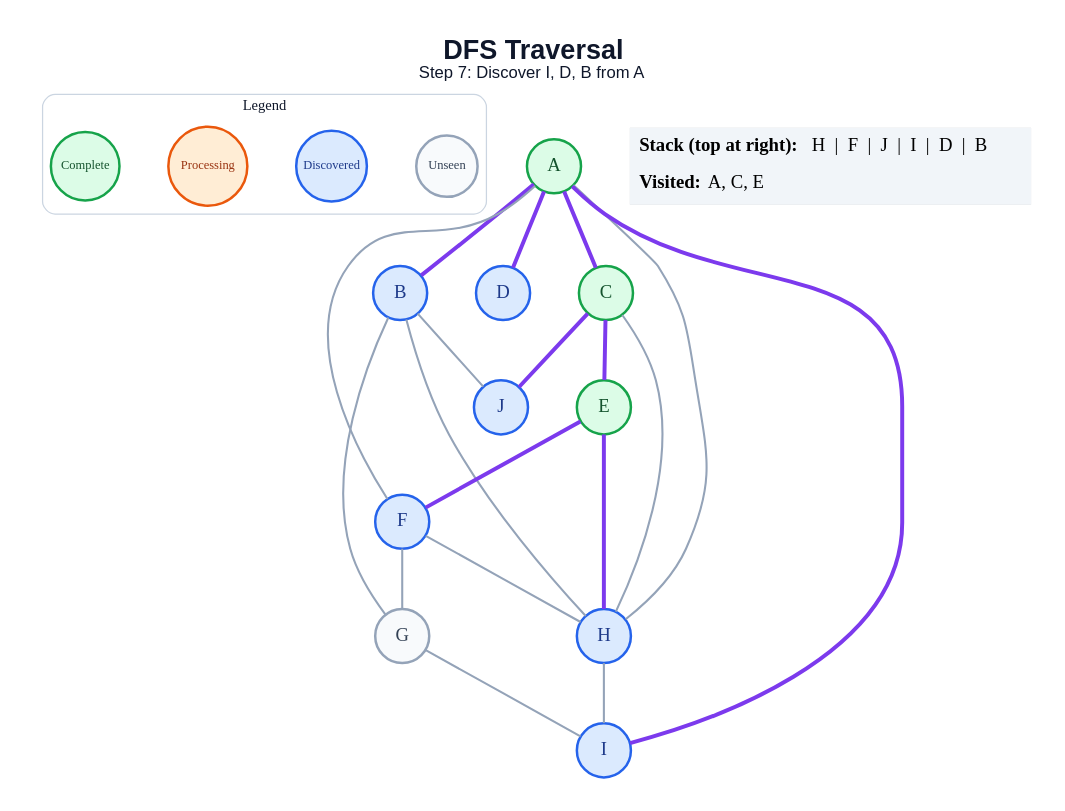
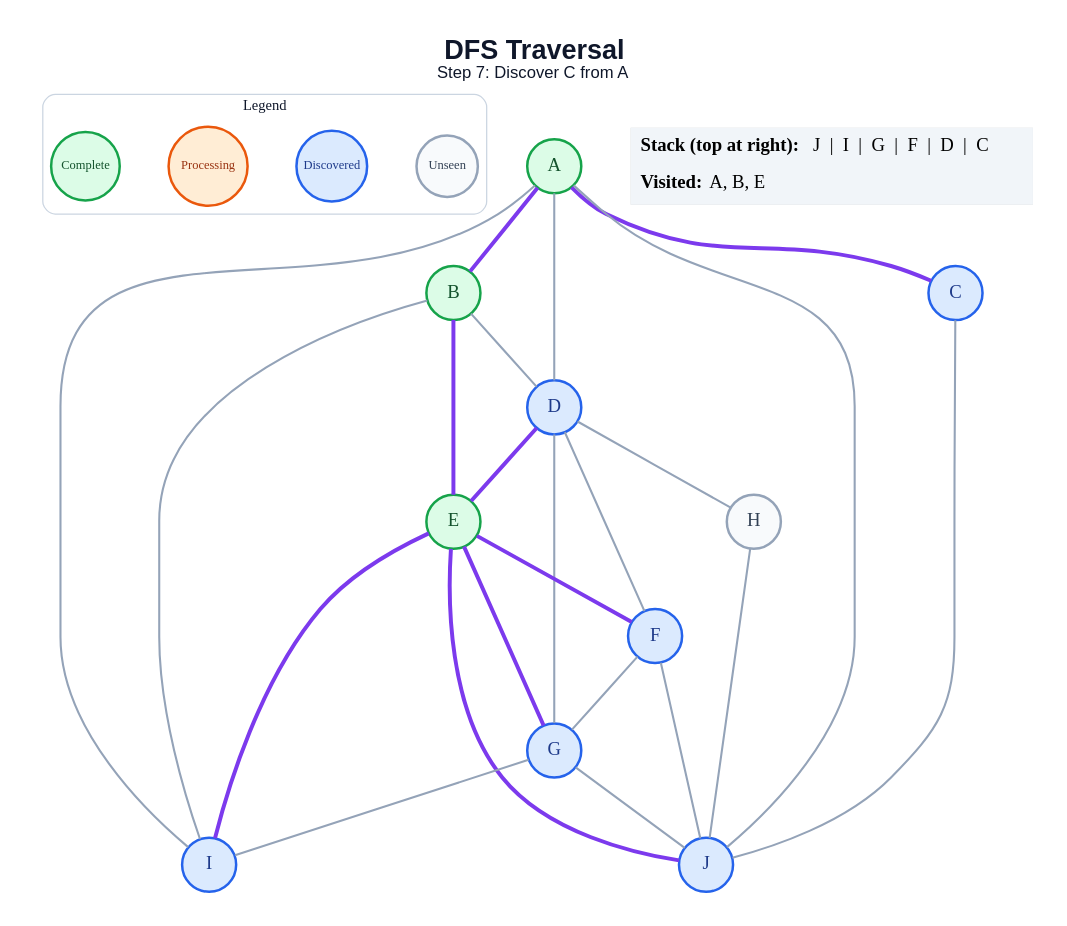
One commit to amanghodawala9/ai-slop changed the diagram in generated/specific-node/dfs/step_07.dot. Above: the diagram before and after it, drawn with Graphviz. The commit also changed 178 other files, not shown here.

```diff
--- a/generated/specific-node/dfs/step_07.dot
+++ b/generated/specific-node/dfs/step_07.dot
@@ -1,47 +1,51 @@
 graph traversal {
   graph [layout=dot, rankdir=TB, bgcolor="#FFFFFF", pad="0.35", nodesep="0.65", ranksep="0.8", fontname="Arial"];
   node [shape=circle, style="filled", fontname="Arial Bold", fontsize=18, width=0.72, fixedsize=true, penwidth=2.4];
   edge [color="#94A3B8", penwidth=2.0];
-  label=<<B>DFS Traversal</B><BR/><FONT POINT-SIZE="16">Step 7: Discover I, D, B from A</FONT>>; labelloc="t"; fontsize=26; fontname="Arial"; fontcolor="#0F172A";
+  label=<<B>DFS Traversal</B><BR/><FONT POINT-SIZE="16">Step 7: Discover C from A</FONT>>; labelloc="t"; fontsize=26; fontname="Arial"; fontcolor="#0F172A";
   subgraph cluster_legend { label="Legend"; color="#CBD5E1"; penwidth=1.2; style="rounded"; fontsize=14; fontname="Arial Bold";
     key_unseen [label="Unseen", fillcolor="#F8FAFC", color="#94A3B8", fontcolor="#334155", fontsize=12, width=0.82];
     key_frontier [label="Discovered", fillcolor="#DBEAFE", color="#2563EB", fontcolor="#1E3A8A", fontsize=12, width=0.95];
     key_current [label="Processing", fillcolor="#FFEDD5", color="#EA580C", fontcolor="#9A3412", fontsize=12, width=1.05];
     key_done [label="Complete", fillcolor="#DCFCE7", color="#16A34A", fontcolor="#14532D", fontsize=12, width=0.92];
     { rank=same; key_unseen; key_frontier; key_current; key_done; }
   }
   A [fillcolor="#DCFCE7", color="#16A34A", fontcolor="#14532D"];
-  B [fillcolor="#DBEAFE", color="#2563EB", fontcolor="#1E3A8A"];
-  C [fillcolor="#DCFCE7", color="#16A34A", fontcolor="#14532D"];
+  B [fillcolor="#DCFCE7", color="#16A34A", fontcolor="#14532D"];
+  C [fillcolor="#DBEAFE", color="#2563EB", fontcolor="#1E3A8A"];
   D [fillcolor="#DBEAFE", color="#2563EB", fontcolor="#1E3A8A"];
   E [fillcolor="#DCFCE7", color="#16A34A", fontcolor="#14532D"];
   F [fillcolor="#DBEAFE", color="#2563EB", fontcolor="#1E3A8A"];
-  G [fillcolor="#F8FAFC", color="#94A3B8", fontcolor="#334155"];
-  H [fillcolor="#DBEAFE", color="#2563EB", fontcolor="#1E3A8A"];
+  G [fillcolor="#DBEAFE", color="#2563EB", fontcolor="#1E3A8A"];
+  H [fillcolor="#F8FAFC", color="#94A3B8", fontcolor="#334155"];
   I [fillcolor="#DBEAFE", color="#2563EB", fontcolor="#1E3A8A"];
   J [fillcolor="#DBEAFE", color="#2563EB", fontcolor="#1E3A8A"];
   A -- B [color="#7C3AED", penwidth=3.8];
   A -- C [color="#7C3AED", penwidth=3.8];
-  A -- D [color="#7C3AED", penwidth=3.8];
-  A -- F;
-  A -- H;
-  A -- I [color="#7C3AED", penwidth=3.8];
-  B -- G;
-  B -- H;
-  B -- J;
-  C -- E [color="#7C3AED", penwidth=3.8];
-  C -- H;
-  C -- J [color="#7C3AED", penwidth=3.8];
+  A -- D;
+  A -- I;
+  A -- J;
+  B -- D;
+  B -- E [color="#7C3AED", penwidth=3.8];
+  B -- I;
+  C -- J;
+  D -- E [color="#7C3AED", penwidth=3.8];
+  D -- F;
+  D -- G;
+  D -- H;
   E -- F [color="#7C3AED", penwidth=3.8];
-  E -- H [color="#7C3AED", penwidth=3.8];
+  E -- G [color="#7C3AED", penwidth=3.8];
+  E -- I [color="#7C3AED", penwidth=3.8];
+  E -- J [color="#7C3AED", penwidth=3.8];
   F -- G;
-  F -- H;
+  F -- J;
   G -- I;
-  H -- I;
+  G -- J;
+  H -- J;
   status [shape=plain, fixedsize=false, width=0, height=0, margin=0, label=<
     <TABLE BORDER="0" CELLBORDER="0" CELLPADDING="7" BGCOLOR="#F1F5F9">
-      <TR><TD ALIGN="LEFT"><B>Stack (top at right):</B> H  |  F  |  J  |  I  |  D  |  B</TD></TR>
-      <TR><TD ALIGN="LEFT"><B>Visited:</B> A, C, E</TD></TR>
+      <TR><TD ALIGN="LEFT"><B>Stack (top at right):</B> J  |  I  |  G  |  F  |  D  |  C</TD></TR>
+      <TR><TD ALIGN="LEFT"><B>Visited:</B> A, B, E</TD></TR>
     </TABLE>
   >];
 }
```
